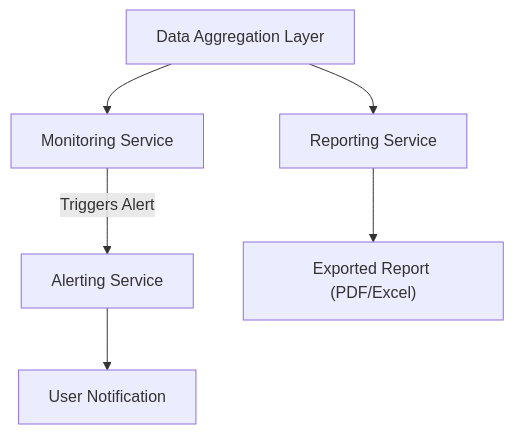
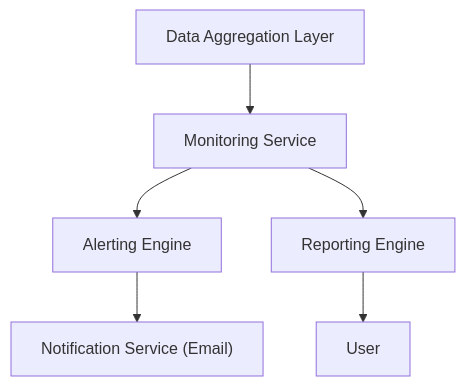
Before and after one commit to Davamani-git/APB_Demo: the diagram in HLD/QE-3971_HLD.md, drawn with Mermaid. The commit also changed other lines of this file and 3 other files, not shown here.

````diff
--- a/HLD/QE-3971_HLD.md
+++ b/HLD/QE-3971_HLD.md
@@ -4,14 +4,14 @@
 ```mermaid
 flowchart TD
     A["Data Aggregation Layer"]
     B["Monitoring Service"]
-    C["Alerting Service"]
-    D["User Notification"]
-    E["Reporting Service"]
-    F["Exported Report (PDF/Excel)"]
+    C["Alerting Engine"]
+    D["Reporting Engine"]
+    E["Notification Service (Email)"]
+    F["User"]
     A --> B
-    B -- Triggers Alert --> C
-    C --> D
-    A --> E
-    E --> F
+    B --> C
+    B --> D
+    C --> E
+    D --> F
 ```
````
